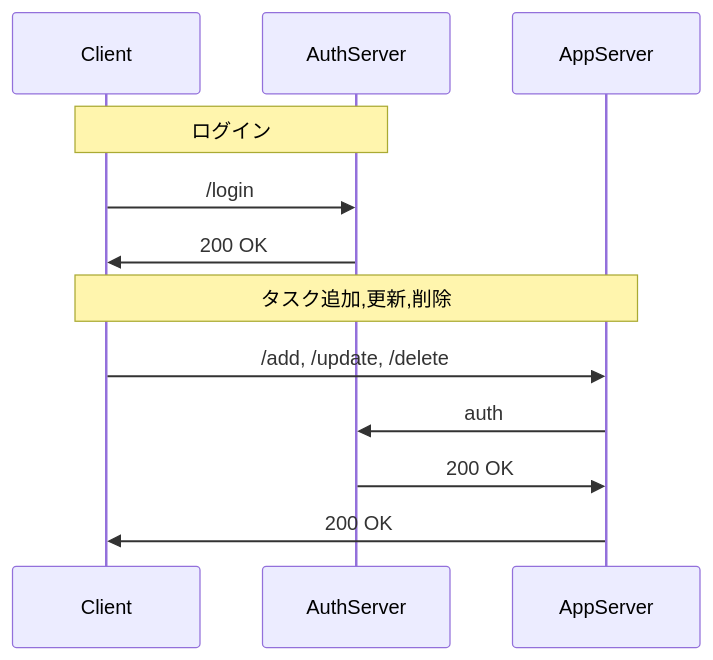
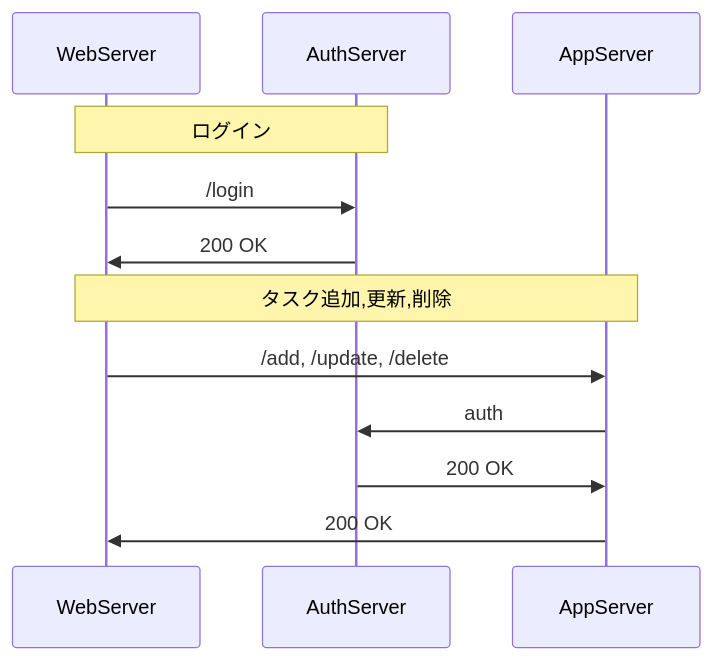
Before and after one commit to ari-kei/task-manage: the diagram in README.md, drawn with Mermaid.

Commit message:
シーケンス図内のサーバの名称を修正

````diff
--- a/README.md
+++ b/README.md
@@ -25,12 +25,12 @@
 ```mermaid
 sequenceDiagram
-Note over Client, AuthServer: ログイン
-    Client->>AuthServer: /login
-    AuthServer->>Client: 200 OK
+Note over WebServer, AuthServer: ログイン
+    WebServer->>AuthServer: /login
+    AuthServer->>WebServer: 200 OK
 
-Note over Client, AppServer: タスク追加,更新,削除    
-    Client->>AppServer: /add, /update, /delete
+Note over WebServer, AppServer: タスク追加,更新,削除    
+    WebServer->>AppServer: /add, /update, /delete
     AppServer->>AuthServer: auth
     AuthServer->>AppServer: 200 OK
-    AppServer->>Client: 200 OK
+    AppServer->>WebServer: 200 OK
 ```
````
